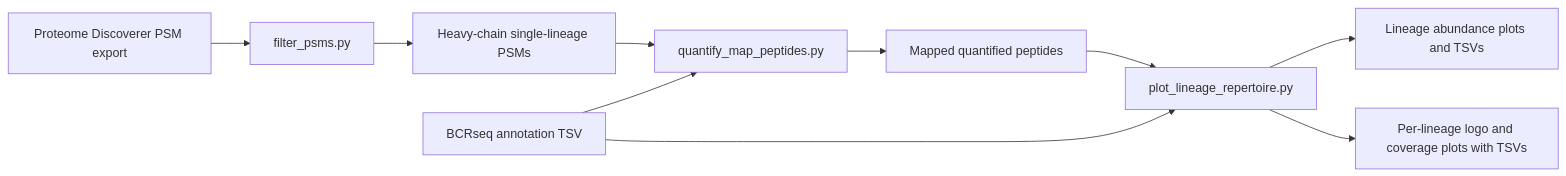
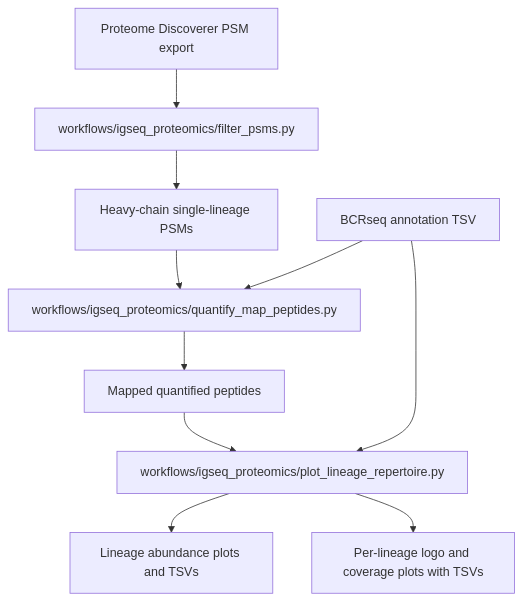
Before and after one commit to LukeHebert/bcrseq_igseq: the second of 2 diagrams in README.md, drawn with Mermaid. The commit also changed other lines of this file and 20 other files, not shown here.

````diff
--- a/README.md
+++ b/README.md
@@ -37,12 +69,12 @@
 ```mermaid
-flowchart LR
-    A[Proteome Discoverer PSM export] --> B[filter_psms.py]
+flowchart TD
+    A[Proteome Discoverer PSM export] --> B[workflows/igseq_proteomics/filter_psms.py]
     B --> C[Heavy-chain single-lineage PSMs]
-    C --> D[quantify_map_peptides.py]
+    C --> D[workflows/igseq_proteomics/quantify_map_peptides.py]
     E[BCRseq annotation TSV] --> D
     D --> F[Mapped quantified peptides]
-    F --> G[plot_lineage_repertoire.py]
+    F --> G[workflows/igseq_proteomics/plot_lineage_repertoire.py]
     E --> G
     G --> H[Lineage abundance plots and TSVs]
     G --> I[Per-lineage logo and coverage plots with TSVs]
 ```
````
